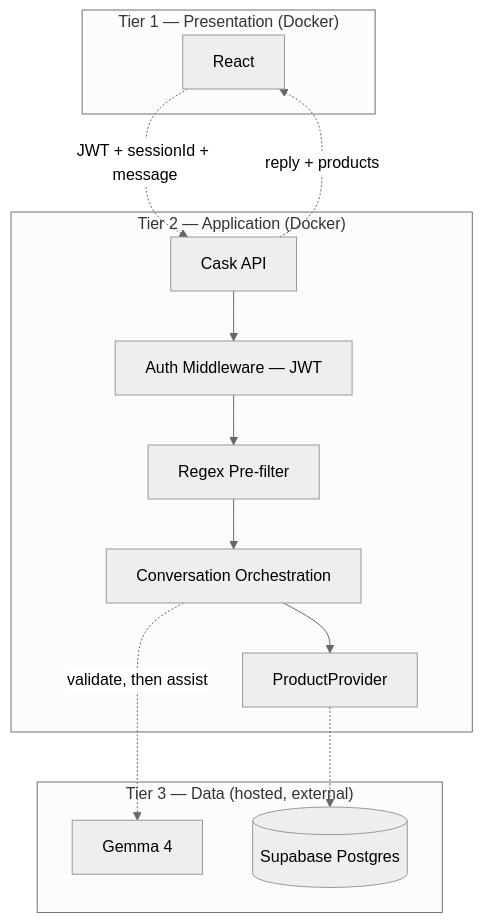
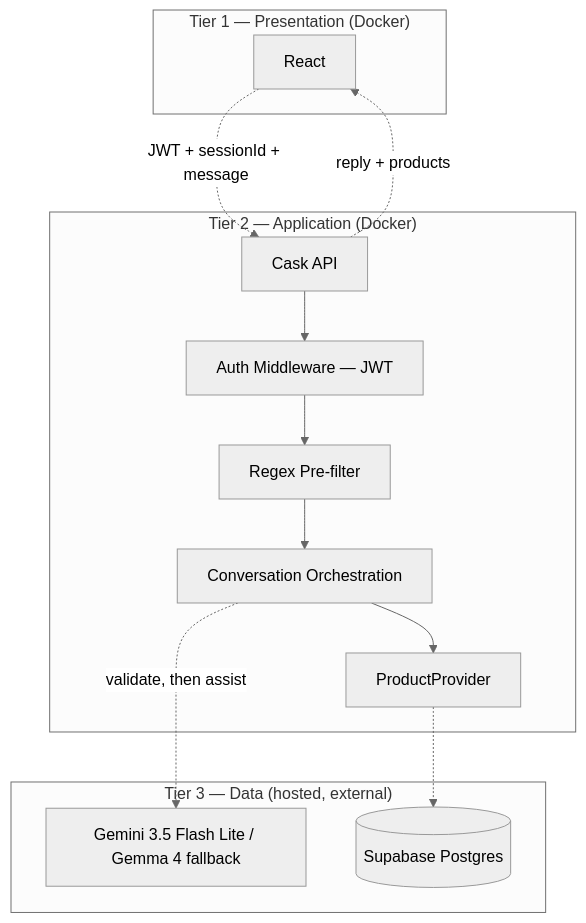
The diagram in README.md (magnificentthrush/scala-shopping-assisstant), drawn with Mermaid (neutral theme) before and after one commit. The commit also changed other lines of this file and 7 other files, not shown here.

Commit message:
add boiler code for gemini-3.5-flash-lite

````diff
--- a/README.md
+++ b/README.md
@@ -185,25 +185,25 @@
 ```mermaid
 flowchart TB
     subgraph T1["Tier 1 — Presentation (Docker)"]
         FE[React]
     end
 
     subgraph T2["Tier 2 — Application (Docker)"]
         BE[Cask API]
         Auth[Auth Middleware — JWT]
         Filter[Regex Pre-filter]
         Conv[Conversation Orchestration]
         PP[ProductProvider]
     end
 
     subgraph T3["Tier 3 — Data (hosted, external)"]
-        LLM[Gemma 4]
+        LLM[Gemini 3.5 Flash Lite / Gemma 4 fallback]
         SB[(Supabase Postgres)]
     end
 
     FE -.->|JWT + sessionId + message| BE
     BE --> Auth --> Filter --> Conv
     Conv -.->|validate, then assist| LLM
     Conv --> PP -.-> SB
     BE -.->|reply + products| FE
 ```
````
